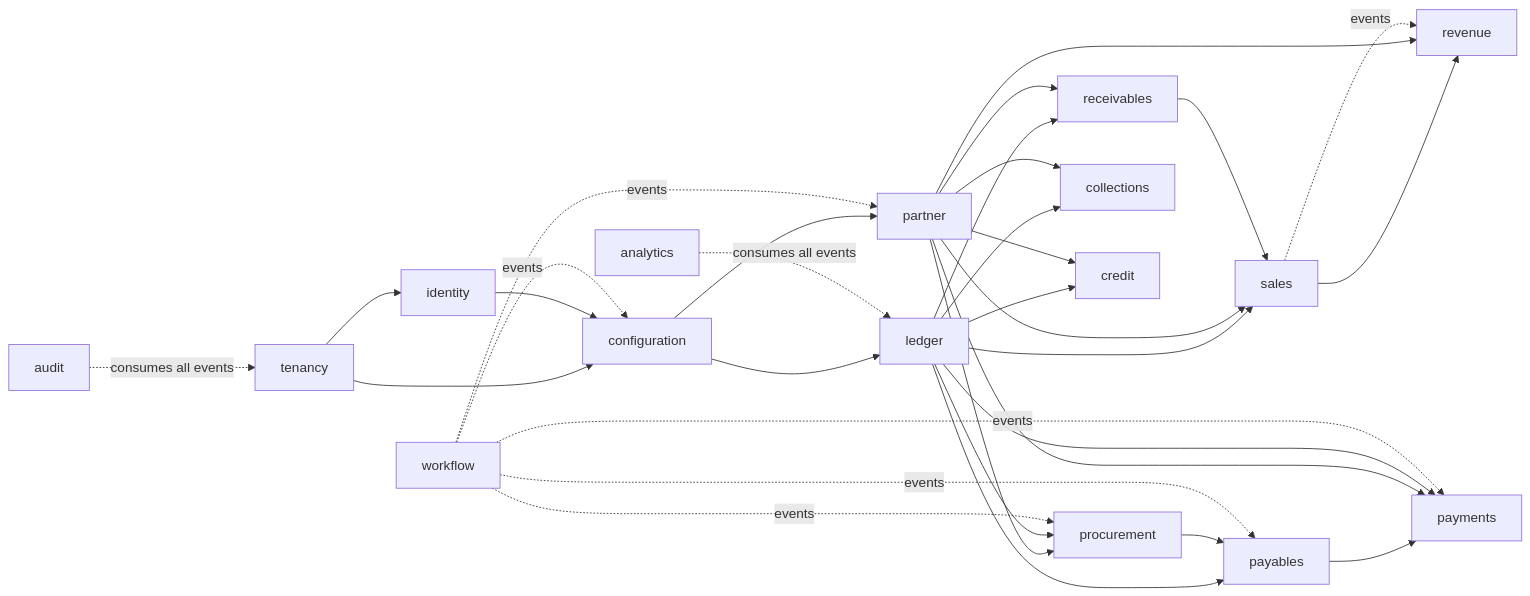
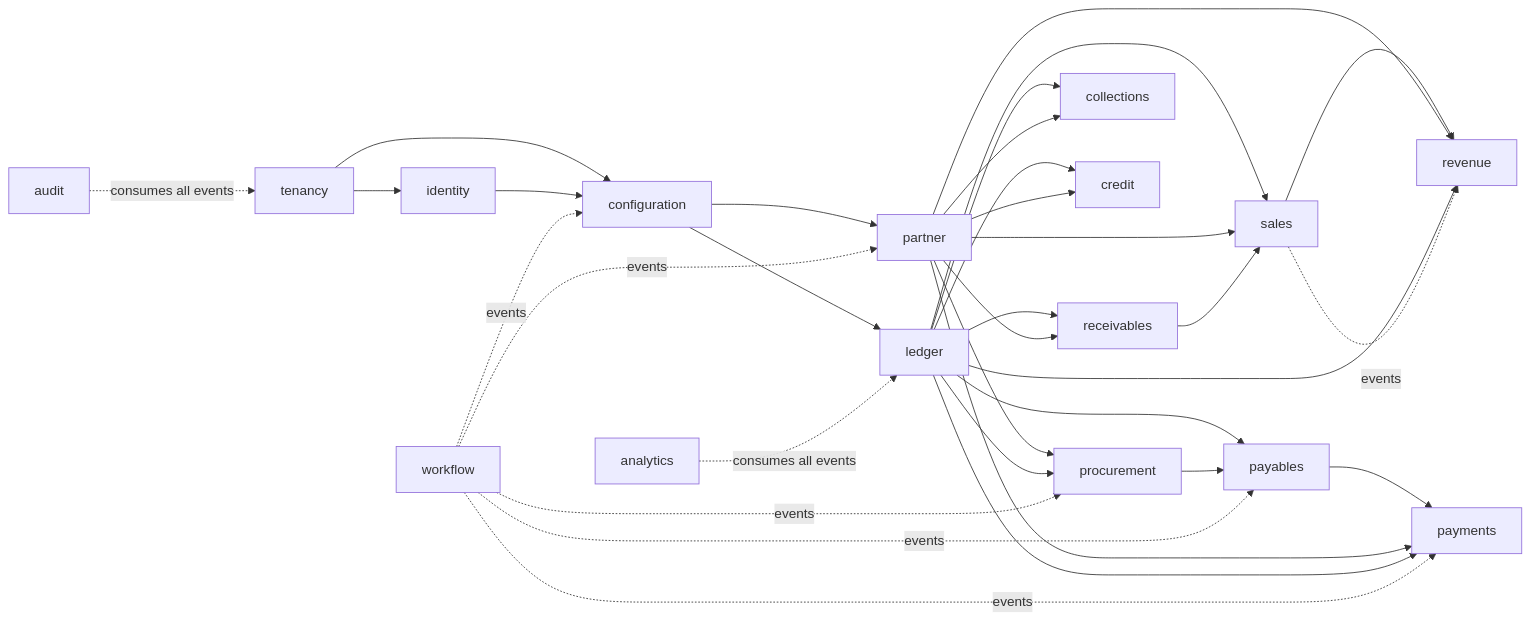
One commit to mustie7iy/agentic-erp changed the first of 2 diagrams in docs/design/02-architecture.md. Above: the diagram before and after it, drawn with Mermaid. The commit also changed other lines of this file and 36 other files, not shown here.

````diff
--- a/docs/design/02-architecture.md
+++ b/docs/design/02-architecture.md
@@ -70,34 +70,35 @@
 ```mermaid
 flowchart LR
   tenancy --> identity
   tenancy --> configuration
   identity --> configuration
   configuration --> partner
   configuration --> ledger
   partner --> procurement
   ledger --> procurement
   ledger --> payables
   procurement --> payables
   ledger --> receivables
   partner --> receivables
   ledger --> sales
   partner --> sales
   receivables --> sales
   ledger --> collections
   partner --> collections
   ledger --> credit
   partner --> credit
   sales --> revenue
   partner --> revenue
+  ledger --> revenue
   sales -.events.-> revenue
   payables --> payments
   partner --> payments
   ledger --> payments
   workflow -.events.-> procurement
   workflow -.events.-> payables
   workflow -.events.-> payments
   workflow -.events.-> partner
   workflow -.events.-> configuration
   audit -.consumes all events.-> tenancy
   analytics -.consumes all events.-> ledger
 ```
````
